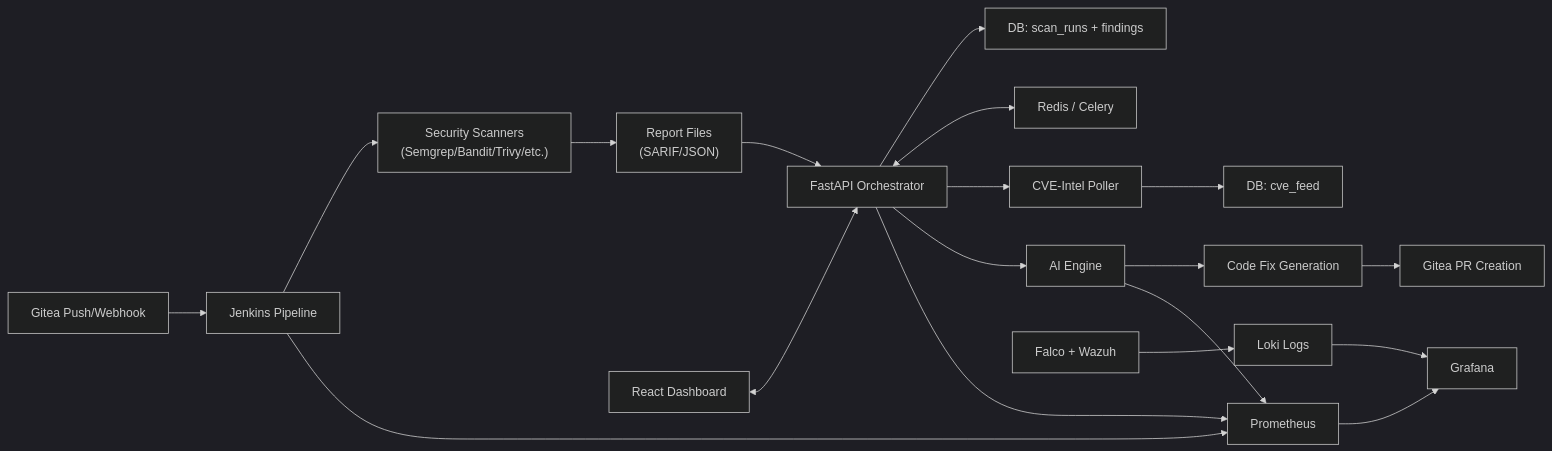
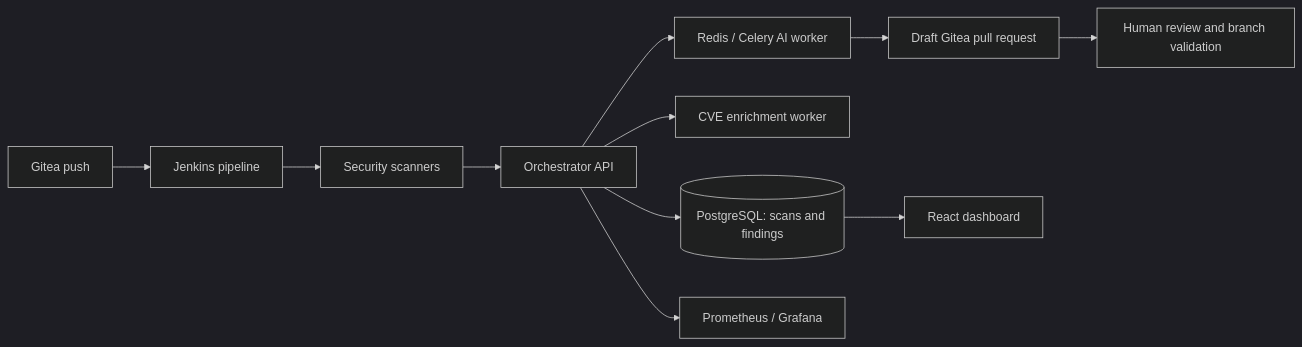
The diagram in README.md (BeyondBug/VigilentOps), drawn with Mermaid (dark theme) before and after one commit. The commit also changed other lines of this file and 4 other files, not shown here.

Commit message:
docs: explain architecture deployment and AI PR review

````diff
--- a/README.md
+++ b/README.md
@@ -191,22 +9,13 @@
 ```mermaid
 flowchart LR
-    A[Gitea Push/Webhook] --> B[Jenkins Pipeline]
-    B --> C["Security Scanners<br/>(Semgrep/Bandit/Trivy/etc.)"]
-    C --> D["Report Files<br/>(SARIF/JSON)"]
-    D --> E[FastAPI Orchestrator]
-    
-    E --> F["DB: scan_runs + findings"]
-    E <--> G[Redis / Celery]
-    E --> H[CVE-Intel Poller]
-    H --> I[DB: cve_feed]
-    
-    E --> J[AI Engine]
-    J --> K[Code Fix Generation]
-    K --> L[Gitea PR Creation]
-    
-    E & B & J --> M[Prometheus]
-    M --> N[Grafana]
-    O["Falco + Wazuh"] --> P[Loki Logs]
-    P --> N
-    Q[React Dashboard] <--> E
+    G[Gitea push] --> J[Jenkins pipeline]
+    J --> S[Security scanners]
+    S --> A[Orchestrator API]
+    A --> P[(PostgreSQL: scans and findings)]
+    A --> C[CVE enrichment worker]
+    A --> R[Redis / Celery AI worker]
+    R --> D[Draft Gitea pull request]
+    P --> U[React dashboard]
+    A --> M[Prometheus / Grafana]
+    D --> H[Human review and branch validation]
 ```
````
